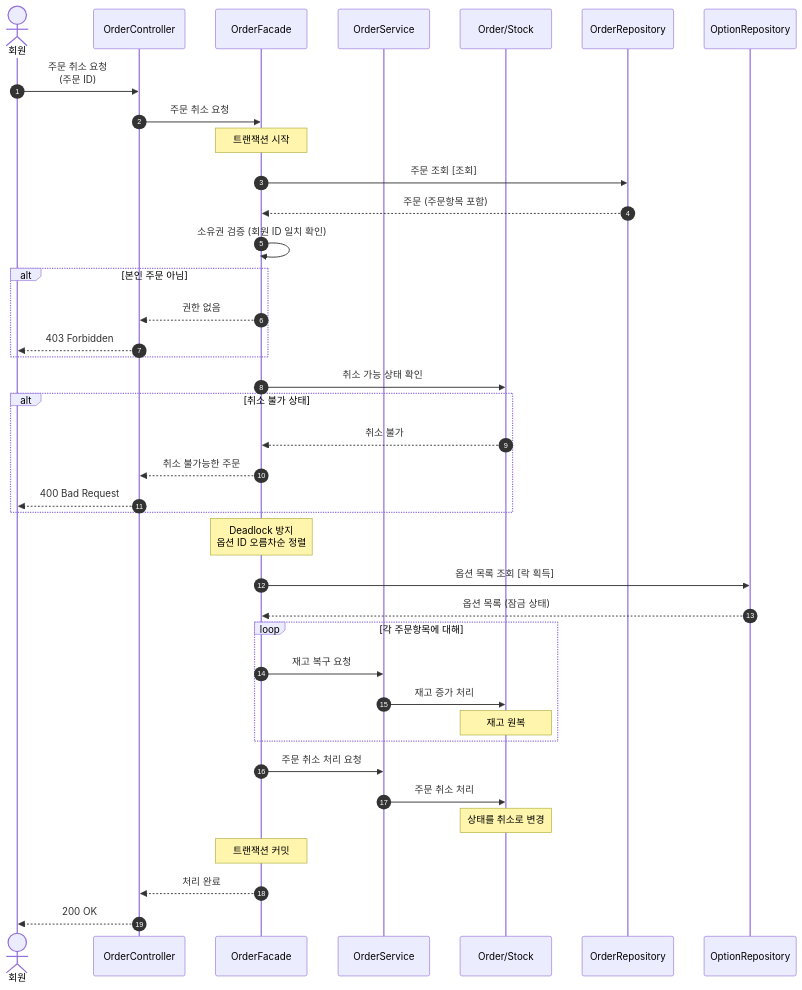
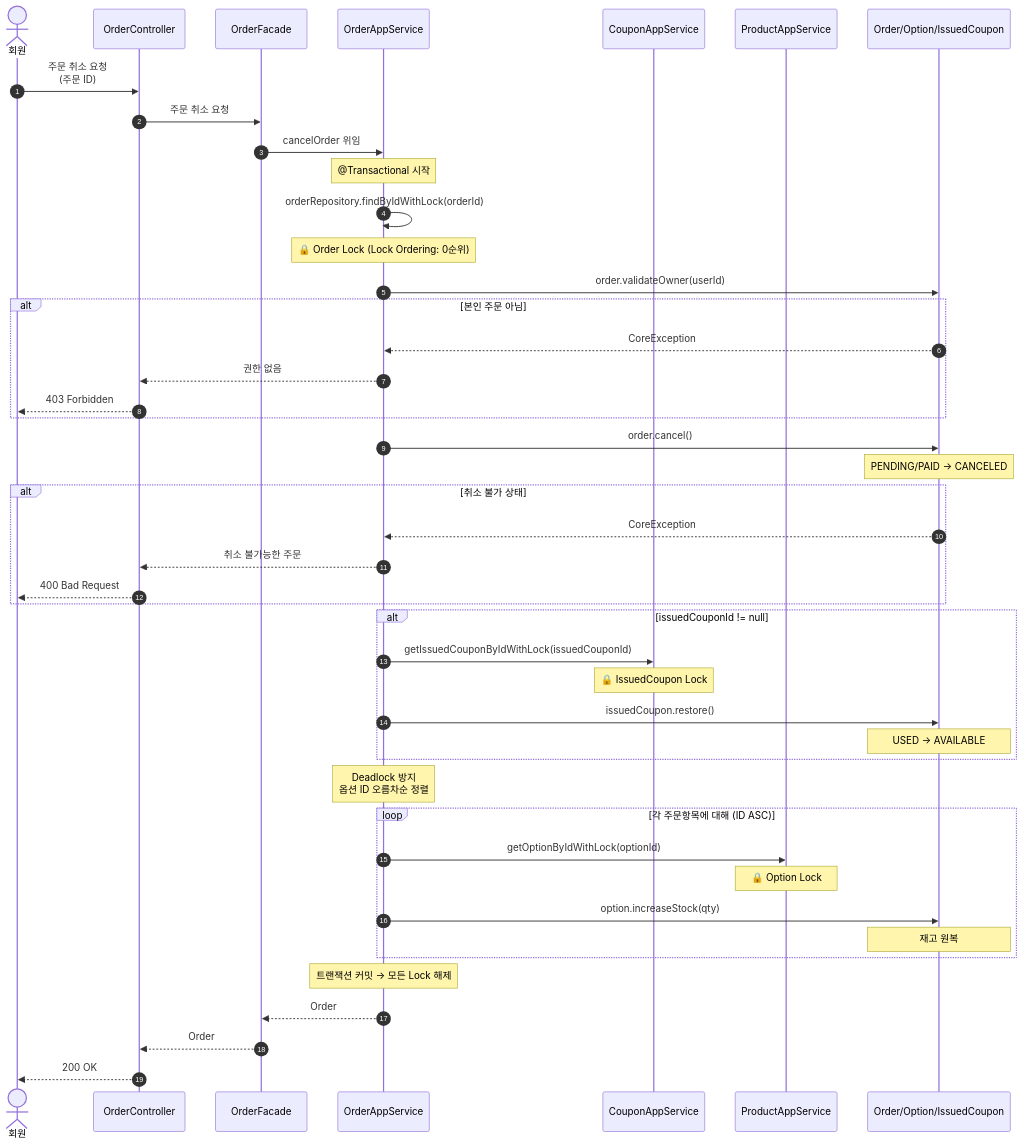
Before and after one commit to Loopers-dev-lab/loop-pack-be-l2-vol3-java: diagram 13 of 14 in docs/design/02-sequence-diagrams.md, drawn with Mermaid. The commit also changed other lines of this file and 2 other files, not shown here.

````diff
--- a/docs/design/02-sequence-diagrams.md
+++ b/docs/design/02-sequence-diagrams.md
@@ -821,54 +815,61 @@
 ```mermaid
 sequenceDiagram
     autonumber
     actor 회원
     participant Controller as OrderController
     participant Facade as OrderFacade
-    participant Service as OrderService
-    participant Domain as Order/Stock
-    participant OrderRepo as OrderRepository
-    participant OptionRepo as OptionRepository
+    participant OrderAS as OrderAppService
+    participant CouponAS as CouponAppService
+    participant ProductAS as ProductAppService
+    participant Domain as Order/Option/IssuedCoupon
 
     회원->>Controller: 주문 취소 요청<br/>(주문 ID)
     Controller->>Facade: 주문 취소 요청
+    Facade->>OrderAS: cancelOrder 위임
 
-    Note over Facade: 트랜잭션 시작
+    Note over OrderAS: @Transactional 시작
 
-    %% 1. 주문 조회 및 검증
-    Facade->>OrderRepo: 주문 조회 [조회]
-    OrderRepo-->>Facade: 주문 (주문항목 포함)
+    %% 1. 주문 조회 (Lock)
+    OrderAS->>OrderAS: orderRepository.findByIdWithLock(orderId)
+    Note over OrderAS: 🔒 Order Lock (Lock Ordering: 0순위)
 
-    Facade->>Facade: 소유권 검증 (회원 ID 일치 확인)
+    %% 2. 소유권 검증
+    OrderAS->>Domain: order.validateOwner(userId)
     alt 본인 주문 아님
-        Facade-->>Controller: 권한 없음
+        Domain-->>OrderAS: CoreException
+        OrderAS-->>Controller: 권한 없음
         Controller-->>회원: 403 Forbidden
     end
 
-    Facade->>Domain: 취소 가능 상태 확인
+    %% 3. Fail-Fast: 취소 가능 여부 먼저 확인
+    OrderAS->>Domain: order.cancel()
+    Note over Domain: PENDING/PAID → CANCELED
     alt 취소 불가 상태
-        Domain-->>Facade: 취소 불가
-        Facade-->>Controller: 취소 불가능한 주문
+        Domain-->>OrderAS: CoreException
+        OrderAS-->>Controller: 취소 불가능한 주문
         Controller-->>회원: 400 Bad Request
     end
 
-    %% 2. 재고 복구
-    Note over Facade: Deadlock 방지<br/>옵션 ID 오름차순 정렬
-    Facade->>OptionRepo: 옵션 목록 조회 [락 획득]
-    OptionRepo-->>Facade: 옵션 목록 (잠금 상태)
+    %% 4. 쿠폰 복원 (Lock Ordering: 1순위)
+    alt issuedCouponId != null
+        OrderAS->>CouponAS: getIssuedCouponByIdWithLock(issuedCouponId)
+        Note over CouponAS: 🔒 IssuedCoupon Lock
+        OrderAS->>Domain: issuedCoupon.restore()
+        Note over Domain: USED → AVAILABLE
+    end
 
-    loop 각 주문항목에 대해
-        Facade->>Service: 재고 복구 요청
-        Service->>Domain: 재고 증가 처리
+    %% 5. 재고 복구 (Lock Ordering: 2순위)
+    Note over OrderAS: Deadlock 방지<br/>옵션 ID 오름차순 정렬
+    loop 각 주문항목에 대해 (ID ASC)
+        OrderAS->>ProductAS: getOptionByIdWithLock(optionId)
+        Note over ProductAS: 🔒 Option Lock
+        OrderAS->>Domain: option.increaseStock(qty)
         Note over Domain: 재고 원복
     end
 
-    %% 3. 주문 상태 변경
-    Facade->>Service: 주문 취소 처리 요청
-    Service->>Domain: 주문 취소 처리
-    Note over Domain: 상태를 취소로 변경
+    Note over OrderAS: 트랜잭션 커밋 → 모든 Lock 해제
 
-    Note over Facade: 트랜잭션 커밋
-
-    Facade-->>Controller: 처리 완료
+    OrderAS-->>Facade: Order
+    Facade-->>Controller: Order
     Controller-->>회원: 200 OK
 ```
````
